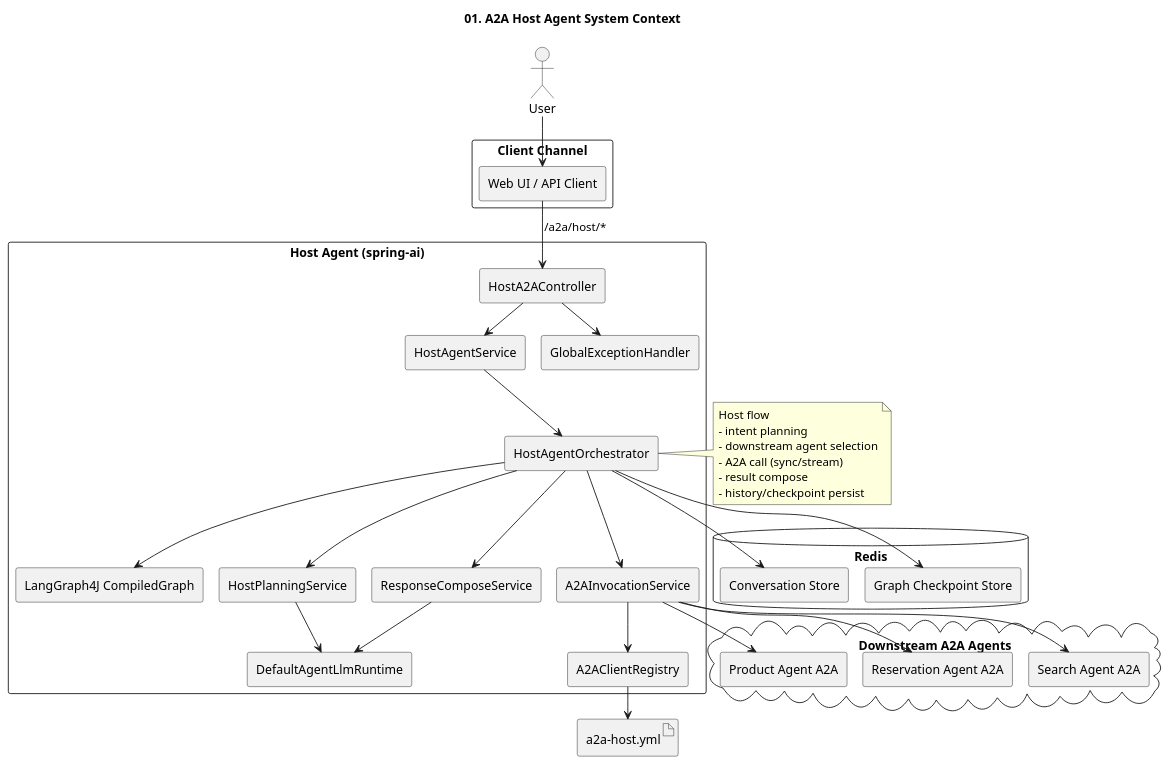
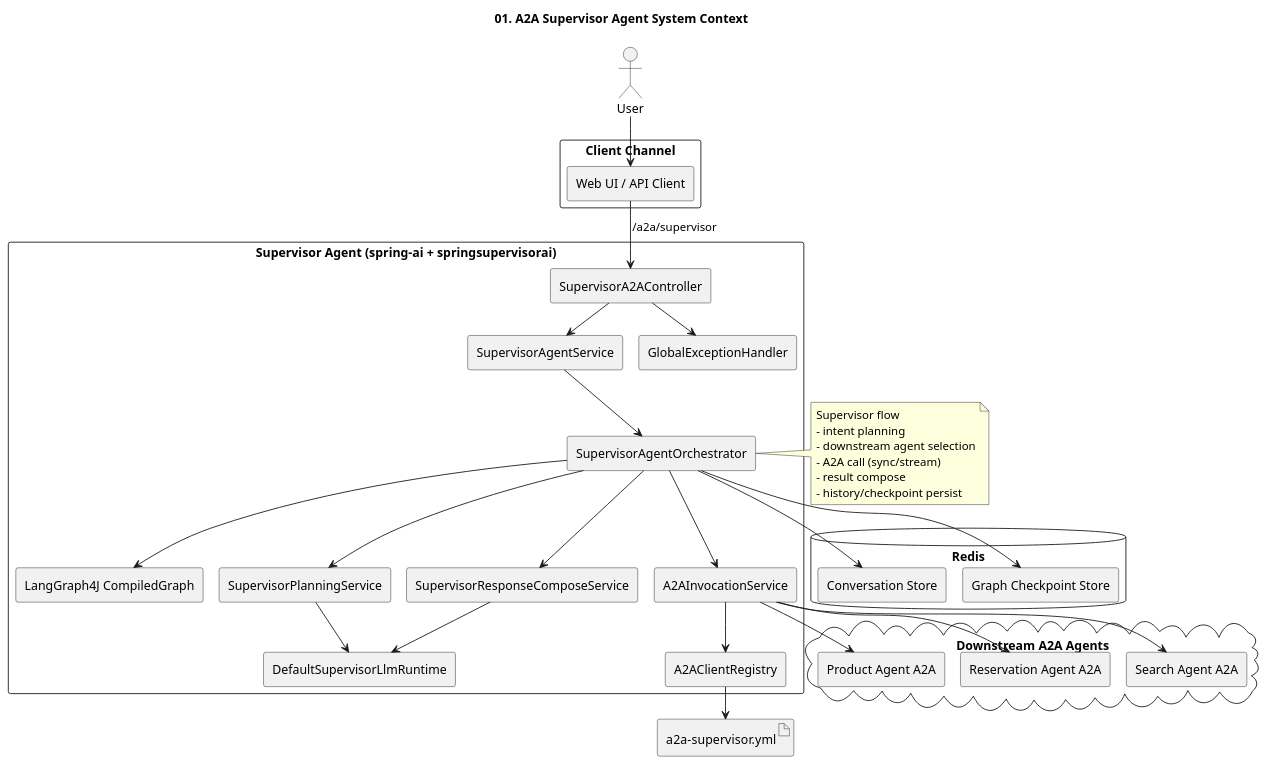
Before and after one commit to kim57uak/spring-ai: the diagram in documents/a2a-host_agent-architecture/01-system-context.puml, drawn with PlantUML. The commit also changed 131 other files, not shown here.

Commit message:
feat: add supervisor A2A orchestration and architecture updates

```diff
--- a/documents/a2a-host_agent-architecture/01-system-context.puml
+++ b/documents/a2a-host_agent-architecture/01-system-context.puml
@@ -1,68 +1,68 @@
 @startuml
 !pragma layout smetana
-title 01. A2A Host Agent System Context
+title 01. A2A Supervisor Agent System Context
 
 skinparam shadowing false
 skinparam componentStyle rectangle
 
 actor User
 
 rectangle "Client Channel" {
   [Web UI / API Client] as Client
 }
 
-rectangle "Host Agent (spring-ai)" {
-  [HostA2AController] as HostA2AController
-  [HostAgentService] as HostService
-  [HostAgentOrchestrator] as HostOrchestrator
+rectangle "Supervisor Agent (spring-ai + springsupervisorai)" {
+  [SupervisorA2AController] as SupervisorA2AController
+  [SupervisorAgentService] as SupervisorService
+  [SupervisorAgentOrchestrator] as SupervisorOrchestrator
   [LangGraph4J CompiledGraph] as StateGraph
-  [HostPlanningService] as Planner
+  [SupervisorPlanningService] as Planner
   [A2AInvocationService] as A2AInvocationService
-  [ResponseComposeService] as Composer
-  [DefaultAgentLlmRuntime] as LlmRuntime
+  [SupervisorResponseComposeService] as Composer
+  [DefaultSupervisorLlmRuntime] as LlmRuntime
   [A2AClientRegistry] as A2ARegistry
   [GlobalExceptionHandler] as Advice
 }
 
 database "Redis" as Redis {
   [Conversation Store] as ConversationStore
   [Graph Checkpoint Store] as CheckpointStore
 }
 
 cloud "Downstream A2A Agents" {
   [Product Agent A2A] as ProductAgent
   [Reservation Agent A2A] as ReservationAgent
   [Search Agent A2A] as SearchAgent
 }
 
-artifact "a2a-host.yml" as HostYml
+artifact "a2a-supervisor.yml" as HostYml
 
 User --> Client
-Client --> HostA2AController : /a2a/host/*
-HostA2AController --> HostService
-HostA2AController --> Advice
-HostService --> HostOrchestrator
-HostOrchestrator --> StateGraph
-HostOrchestrator --> Planner
-HostOrchestrator --> A2AInvocationService
-HostOrchestrator --> Composer
+Client --> SupervisorA2AController : /a2a/supervisor
+SupervisorA2AController --> SupervisorService
+SupervisorA2AController --> Advice
+SupervisorService --> SupervisorOrchestrator
+SupervisorOrchestrator --> StateGraph
+SupervisorOrchestrator --> Planner
+SupervisorOrchestrator --> A2AInvocationService
+SupervisorOrchestrator --> Composer
 Planner --> LlmRuntime
 Composer --> LlmRuntime
 A2AInvocationService --> A2ARegistry
 A2ARegistry --> HostYml
 A2AInvocationService --> ProductAgent
 A2AInvocationService --> ReservationAgent
 A2AInvocationService --> SearchAgent
-HostOrchestrator --> ConversationStore
-HostOrchestrator --> CheckpointStore
+SupervisorOrchestrator --> ConversationStore
+SupervisorOrchestrator --> CheckpointStore
 
-note right of HostOrchestrator
-Host flow
+note right of SupervisorOrchestrator
+Supervisor flow
 - intent planning
 - downstream agent selection
 - A2A call (sync/stream)
 - result compose
 - history/checkpoint persist
 end note
 
 @enduml
```
